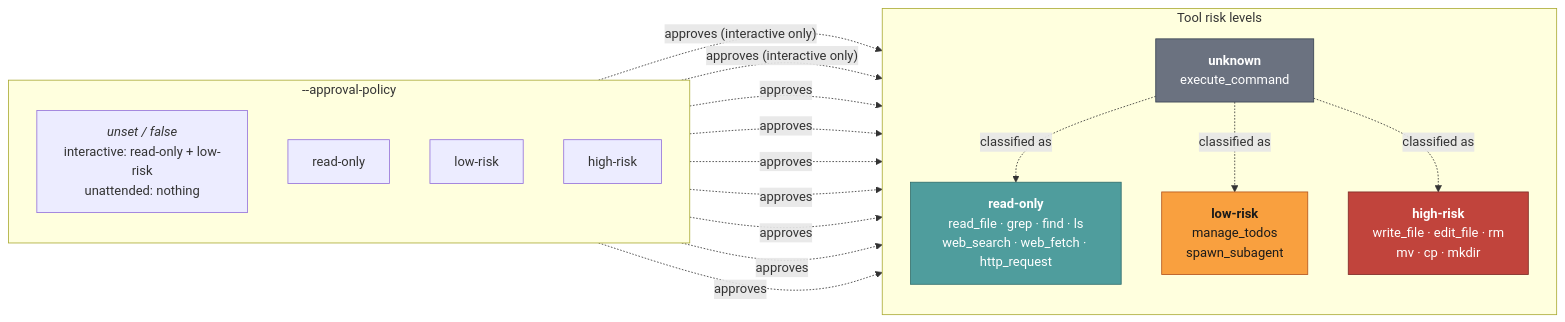
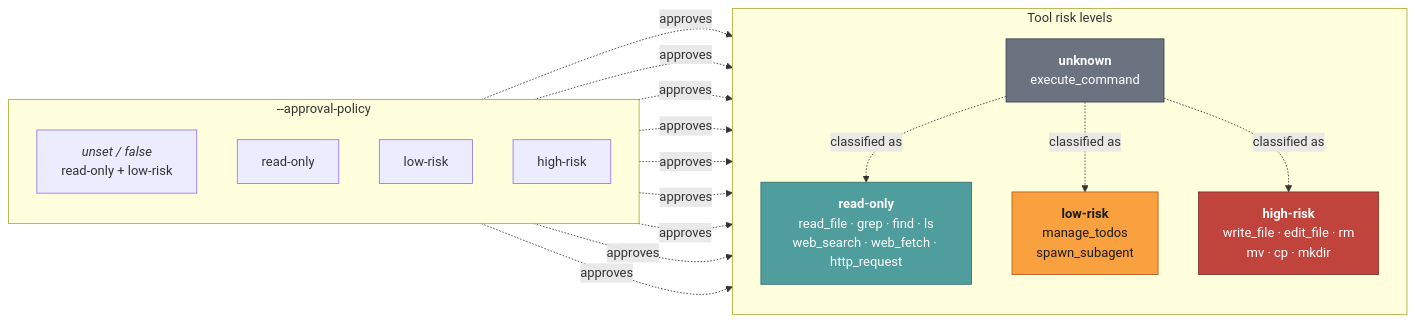
Before and after one commit to lvndry/jazz: the third of 4 diagrams in docs/internals/tools-and-approval.md, drawn with Mermaid. The commit also changed other lines of this file and 20 other files, not shown here.

````diff
--- a/docs/internals/tools-and-approval.md
+++ b/docs/internals/tools-and-approval.md
@@ -124,40 +124,40 @@
 ```mermaid
 flowchart LR
     subgraph tiers["Tool risk levels"]
         direction TB
         RO["<b>read-only</b><br/>read_file · grep · find · ls<br/>web_search · web_fetch · http_request"]
         LR["<b>low-risk</b><br/>manage_todos<br/>spawn_subagent"]
         HR["<b>high-risk</b><br/>write_file · edit_file · rm<br/>mv · cp · mkdir"]
         UN["<b>unknown</b><br/>execute_command"]
     end
 
     subgraph policies["--approval-policy"]
         direction TB
-        P0["<i>unset / false</i><br/>interactive: read-only + low-risk<br/>unattended: nothing"]
+        P0["<i>unset / false</i><br/>read-only + low-risk"]
         P1["read-only"]
         P2["low-risk"]
         P3["high-risk"]
     end
 
-    P0 -.->|"approves (interactive only)"| RO
-    P0 -.->|"approves (interactive only)"| LR
+    P0 -.->|approves| RO
+    P0 -.->|approves| LR
     P1 -.->|approves| RO
     P2 -.->|approves| RO
     P2 -.->|approves| LR
     P3 -.->|approves| RO
     P3 -.->|approves| LR
     P3 -.->|approves| HR
     P3 -.->|approves| UN
     UN -.->|classified as| RO
     UN -.->|classified as| LR
     UN -.->|classified as| HR
 
     classDef safe fill:#4f9d9d,stroke:#2f6d6d,color:#ffffff
     classDef warn fill:#f9a03f,stroke:#b3541e,color:#1a1a1a
     classDef bad fill:#c1443c,stroke:#7d2b26,color:#ffffff
     classDef muted fill:#6b7280,stroke:#374151,color:#ffffff
     class RO safe
     class LR warn
     class HR bad
     class UN muted
 ```
````
